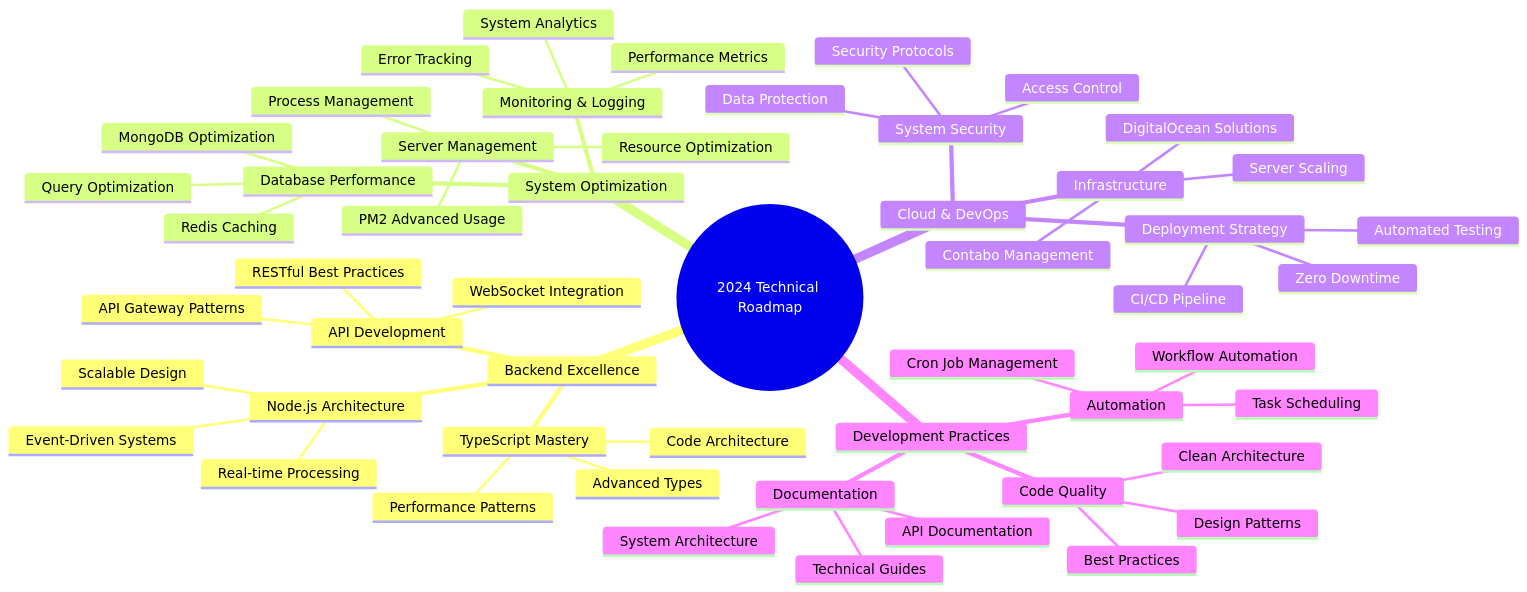
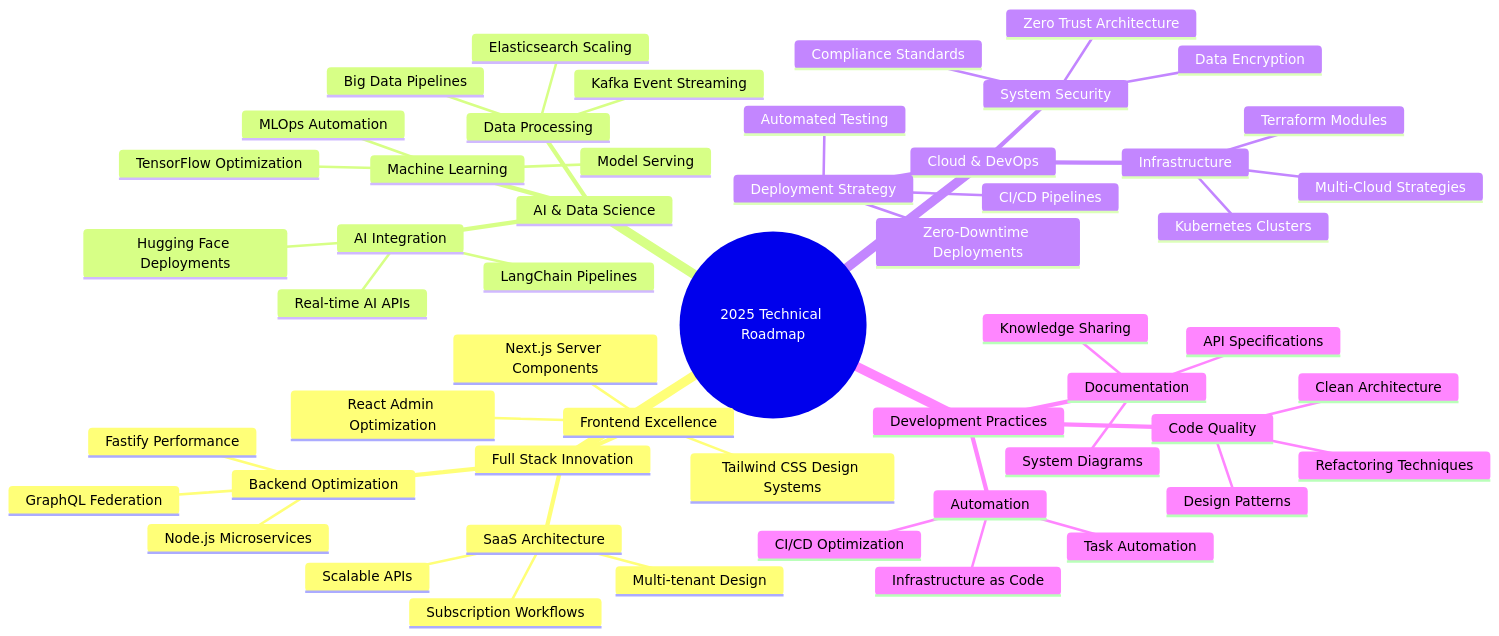
The first of 2 diagrams in README.md (nexus-aissam/nexus-aissam), drawn with Mermaid before and after one commit. The commit also changed other lines of this file, not shown here.

````diff
--- a/README.md
+++ b/README.md
@@ -121,59 +143,59 @@
 ```mermaid
 mindmap
-  root((2024 Technical Roadmap))
-    Backend Excellence
-      Node.js Architecture
-        Event-Driven Systems
-        Real-time Processing
-        Scalable Design
-      TypeScript Mastery
-        Advanced Types
-        Performance Patterns
-        Code Architecture
-      API Development
-        RESTful Best Practices
-        WebSocket Integration
-        API Gateway Patterns
+  root((2025 Technical Roadmap))
+    Full Stack Innovation
+      Frontend Excellence
+        React Admin Optimization
+        Next.js Server Components
+        Tailwind CSS Design Systems
+      Backend Optimization
+        Node.js Microservices
+        Fastify Performance
+        GraphQL Federation
+      SaaS Architecture
+        Multi-tenant Design
+        Subscription Workflows
+        Scalable APIs
 
-    System Optimization
-      Database Performance
-        MongoDB Optimization
-        Redis Caching
-        Query Optimization
-      Server Management
-        PM2 Advanced Usage
-        Process Management
-        Resource Optimization
-      Monitoring & Logging
-        Performance Metrics
-        Error Tracking
-        System Analytics
+    AI & Data Science
+      AI Integration
+        LangChain Pipelines
+        Hugging Face Deployments
+        Real-time AI APIs
+      Data Processing
+        Elasticsearch Scaling
+        Kafka Event Streaming
+        Big Data Pipelines
+      Machine Learning
+        TensorFlow Optimization
+        Model Serving
+        MLOps Automation
 
     Cloud & DevOps
       Infrastructure
-        DigitalOcean Solutions
-        Contabo Management
-        Server Scaling
+        Kubernetes Clusters
+        Terraform Modules
+        Multi-Cloud Strategies
       Deployment Strategy
-        CI/CD Pipeline
-        Zero Downtime
+        CI/CD Pipelines
+        Zero-Downtime Deployments
         Automated Testing
       System Security
-        Access Control
-        Data Protection
-        Security Protocols
+        Zero Trust Architecture
+        Data Encryption
+        Compliance Standards
 
     Development Practices
       Code Quality
         Clean Architecture
         Design Patterns
-        Best Practices
+        Refactoring Techniques
       Automation
-        Cron Job Management
-        Task Scheduling
-        Workflow Automation
+        CI/CD Optimization
+        Infrastructure as Code
+        Task Automation
       Documentation
-        API Documentation
-        System Architecture
-        Technical Guides
+        API Specifications
+        System Diagrams
+        Knowledge Sharing
 ```
````
